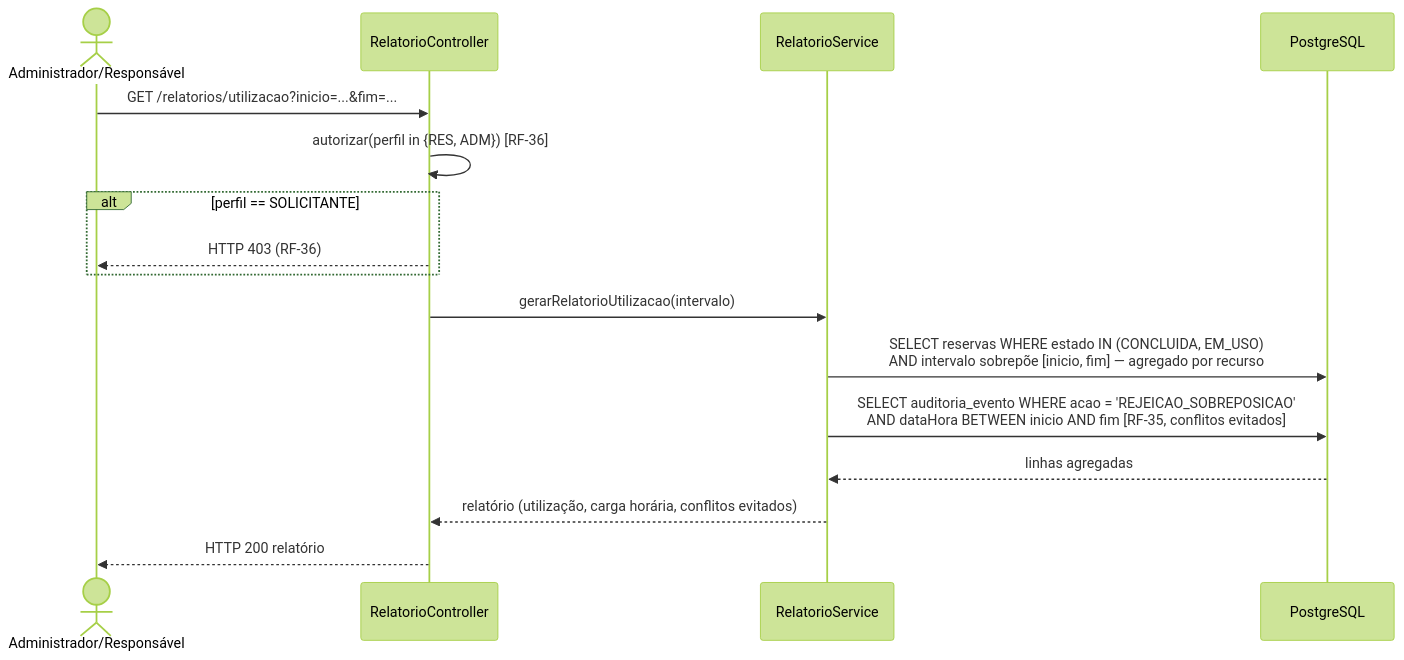
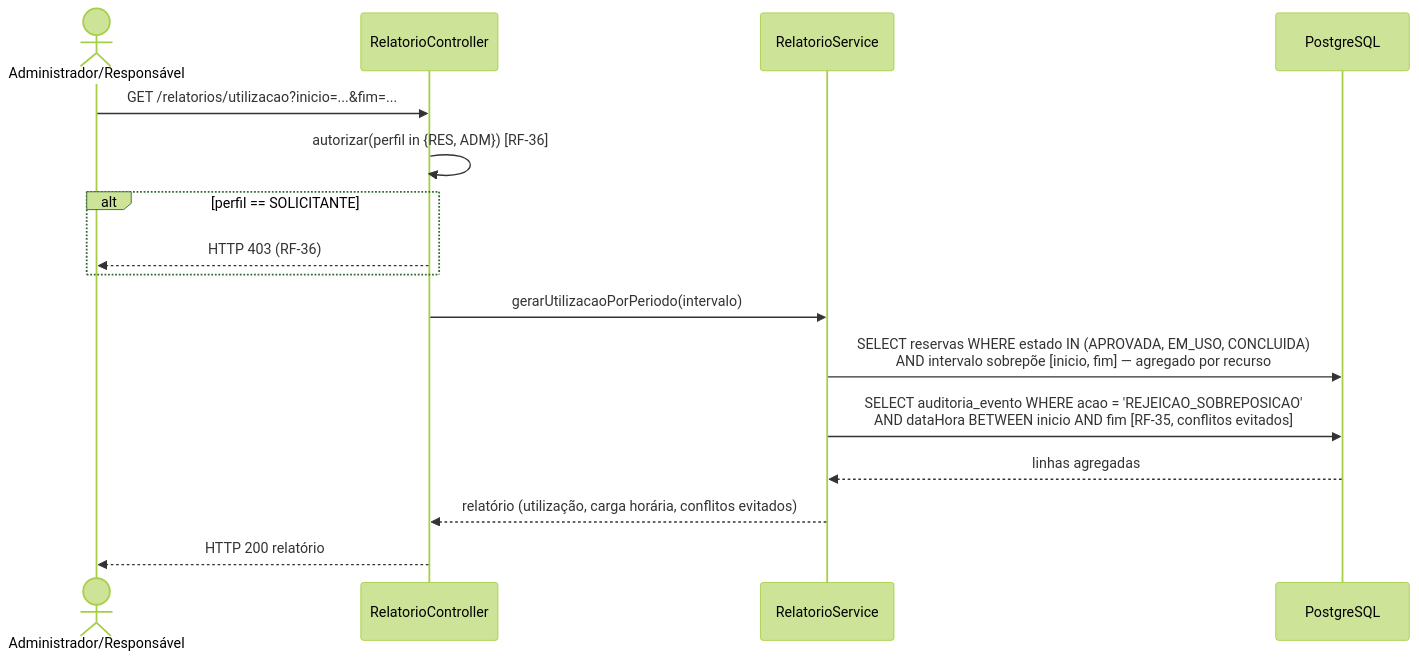
The sixth of 6 diagrams in DOCS/arquitetura.md (DaniloDamasio/EduAloca), drawn with Mermaid (forest theme) before and after one commit. The commit also changed other lines of this file and 8 other files, not shown here.

Commit message:
docs: trabalho individual, decisoes P-06/P-08/RF-23, API, RTM, relatorio de qualidade (secao 10) e roteiro de apresentacao

````diff
--- a/DOCS/arquitetura.md
+++ b/DOCS/arquitetura.md
@@ -467,19 +467,19 @@
 ```mermaid
 sequenceDiagram
     actor ADM as Administrador/Responsável
     participant API as RelatorioController
     participant SRV as RelatorioService
     participant DB as PostgreSQL
 
     ADM->>API: GET /relatorios/utilizacao?inicio=...&fim=...
     API->>API: autorizar(perfil in {RES, ADM}) [RF-36]
     alt perfil == SOLICITANTE
         API-->>ADM: HTTP 403 (RF-36)
     end
-    API->>SRV: gerarRelatorioUtilizacao(intervalo)
-    SRV->>DB: SELECT reservas WHERE estado IN (CONCLUIDA, EM_USO)<br/>AND intervalo sobrepõe [inicio, fim] — agregado por recurso
+    API->>SRV: gerarUtilizacaoPorPeriodo(intervalo)
+    SRV->>DB: SELECT reservas WHERE estado IN (APROVADA, EM_USO, CONCLUIDA)<br/>AND intervalo sobrepõe [inicio, fim] — agregado por recurso
     SRV->>DB: SELECT auditoria_evento WHERE acao = 'REJEICAO_SOBREPOSICAO'<br/>AND dataHora BETWEEN inicio AND fim [RF-35, conflitos evitados]
     DB-->>SRV: linhas agregadas
     SRV-->>API: relatório (utilização, carga horária, conflitos evitados)
     API-->>ADM: HTTP 200 relatório
 ```
````
